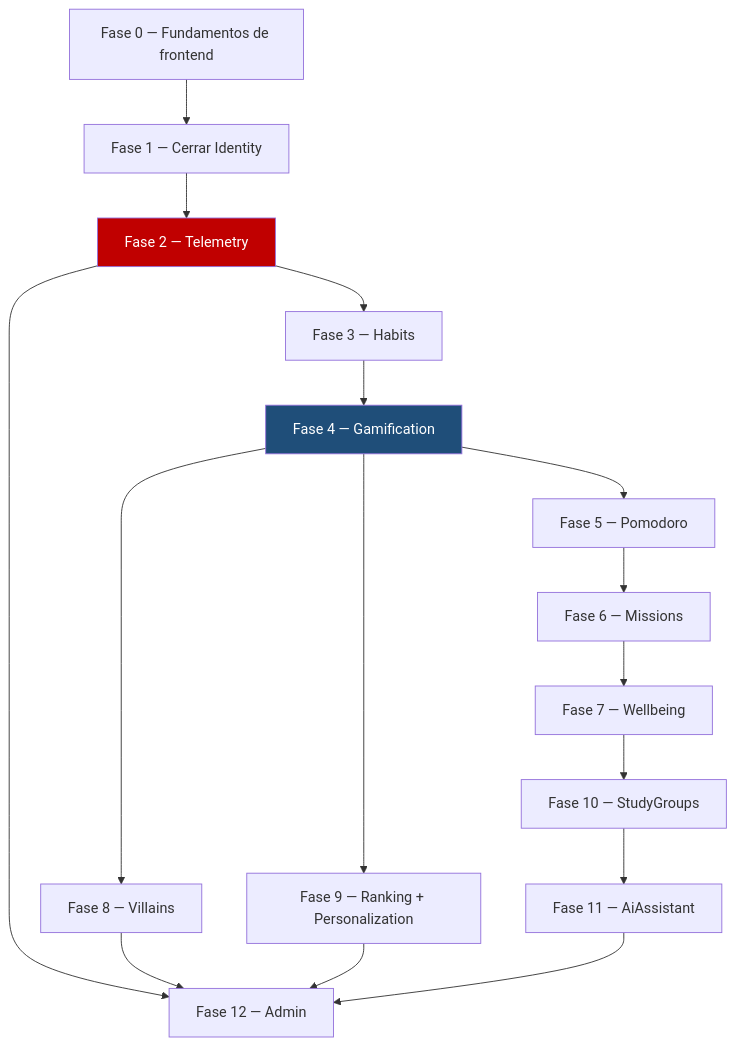
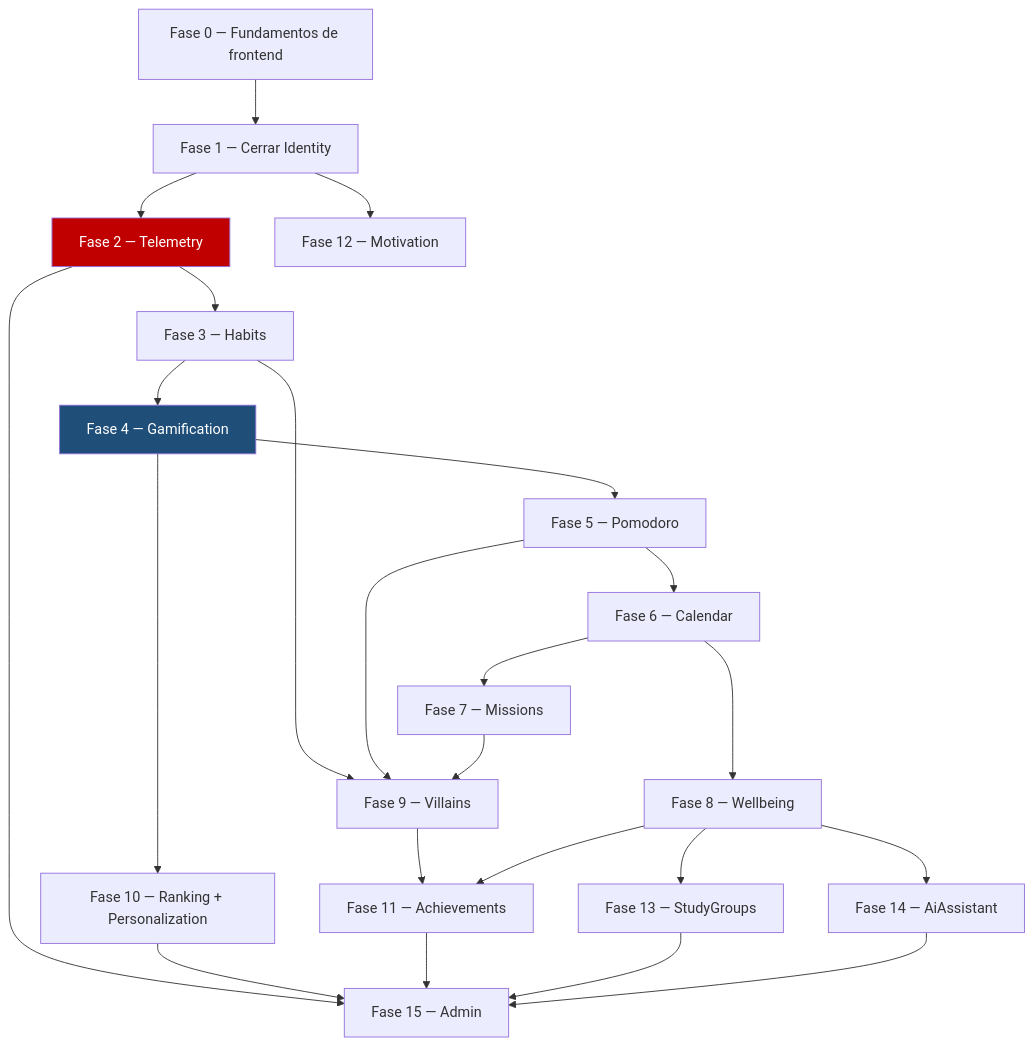
One commit to Chester0802/EpycusApp changed the diagram in docs/13-ROADMAP.md. Above: the diagram before and after it, drawn with Mermaid. The commit also changed other lines of this file and 11 other files, not shown here.

````diff
--- a/docs/13-ROADMAP.md
+++ b/docs/13-ROADMAP.md
@@ -31,21 +31,28 @@
 ```mermaid
 flowchart TD
     F0["Fase 0 — Fundamentos de frontend"] --> F1["Fase 1 — Cerrar Identity"]
     F1 --> F2["Fase 2 — Telemetry"]
     F2 --> F3["Fase 3 — Habits"]
     F3 --> F4["Fase 4 — Gamification"]
     F4 --> F5["Fase 5 — Pomodoro"]
-    F5 --> F6["Fase 6 — Missions"]
-    F6 --> F7["Fase 7 — Wellbeing"]
-    F4 --> F8["Fase 8 — Villains"]
-    F4 --> F9["Fase 9 — Ranking + Personalization"]
-    F7 --> F10["Fase 10 — StudyGroups"]
-    F10 --> F11["Fase 11 — AiAssistant"]
-    F2 --> F12["Fase 12 — Admin"]
-    F8 --> F12
-    F9 --> F12
-    F11 --> F12
+    F5 --> F6["Fase 6 — Calendar"]
+    F6 --> F7["Fase 7 — Missions"]
+    F6 --> F8["Fase 8 — Wellbeing"]
+    F3 --> F9["Fase 9 — Villains"]
+    F5 --> F9
+    F7 --> F9
+    F4 --> F10["Fase 10 — Ranking + Personalization"]
+    F9 --> F11["Fase 11 — Achievements"]
+    F8 --> F11
+    F1 --> F12["Fase 12 — Motivation"]
+    F8 --> F13["Fase 13 — StudyGroups"]
+    F8 --> F14["Fase 14 — AiAssistant"]
+    F2 --> F15["Fase 15 — Admin"]
+    F10 --> F15
+    F11 --> F15
+    F13 --> F15
+    F14 --> F15
 
     style F2 fill:#c00000,color:#fff
     style F4 fill:#1f4e79,color:#fff
 ```
````
